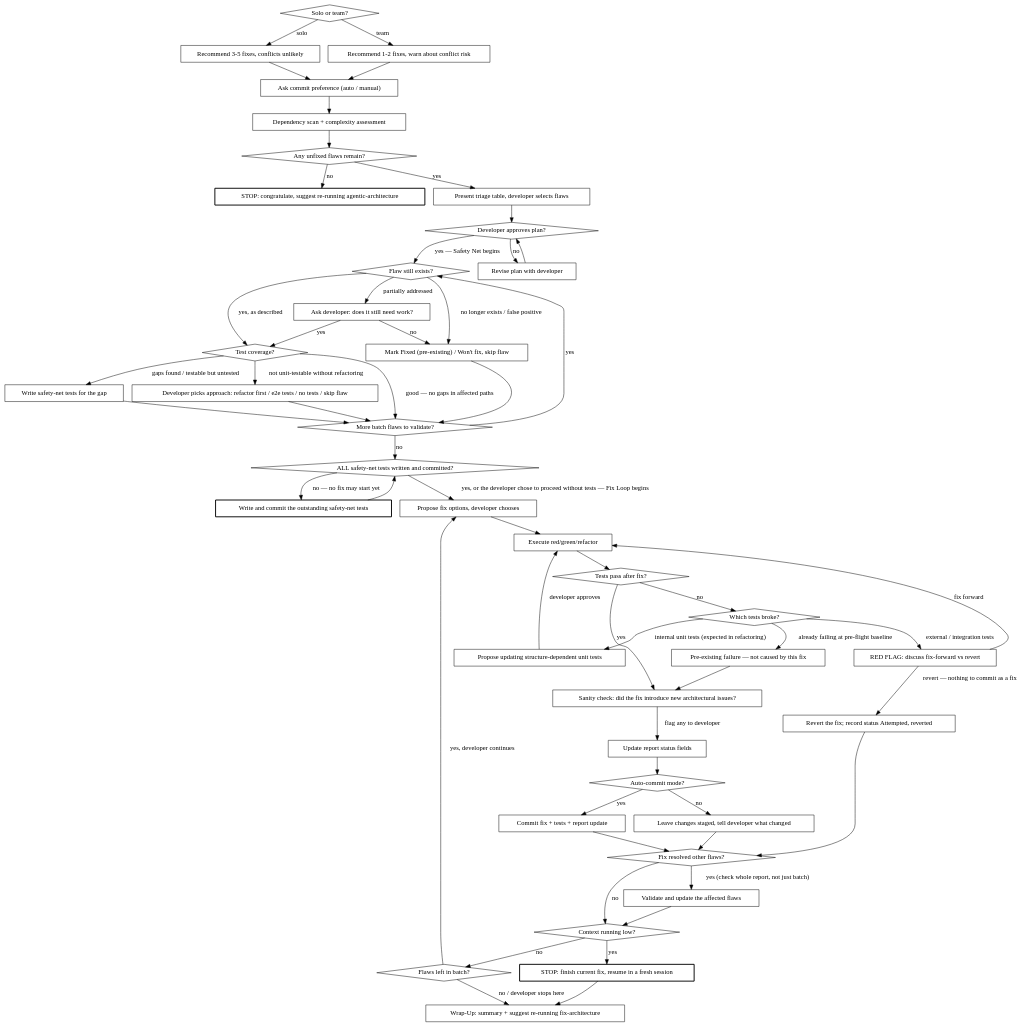
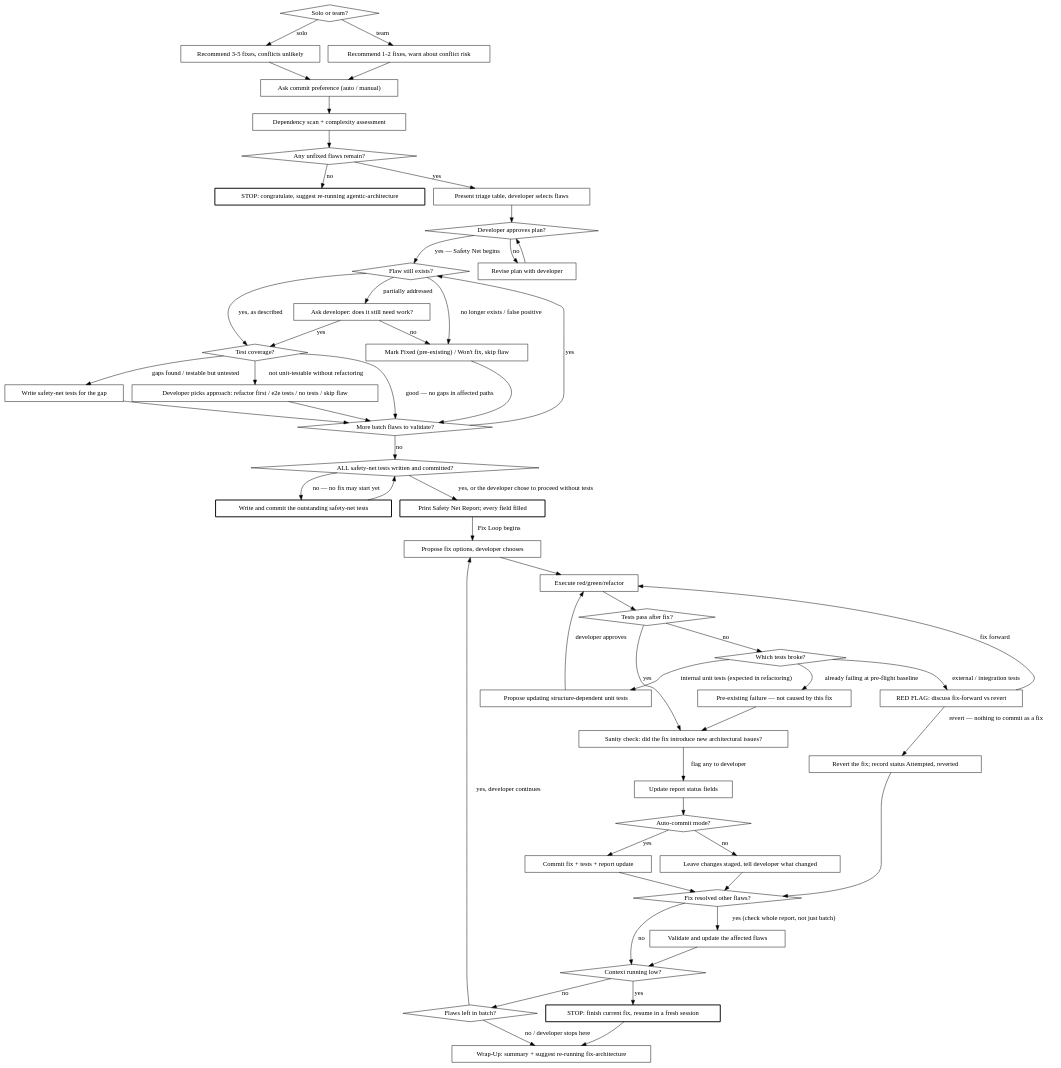
One commit to Ovid/paad changed the second of 2 diagrams in plugins/paad/skills/fix-architecture/SKILL.md. Above: the diagram before and after it, drawn with Graphviz. The commit also changed other lines of this file and 3 other files, not shown here.

```diff
--- a/plugins/paad/skills/fix-architecture/SKILL.md
+++ b/plugins/paad/skills/fix-architecture/SKILL.md
@@ -91,6 +91,7 @@
   "Write safety-net tests for the gap" [shape=box];
   "Developer picks approach: refactor first / e2e tests / no tests / skip flaw" [shape=box];
   "Write and commit the outstanding safety-net tests" [shape=box, style=bold];
+  "Print Safety Net Report; every field filled" [shape=box, style=bold];
   "Revert the fix; record status Attempted, reverted" [shape=box];
 
   "Propose fix options, developer chooses" [shape=box];
@@ -136,7 +137,8 @@
 
   "ALL safety-net tests written and committed?" -> "Write and commit the outstanding safety-net tests" [label="no — no fix may start yet"];
   "Write and commit the outstanding safety-net tests" -> "ALL safety-net tests written and committed?";
-  "ALL safety-net tests written and committed?" -> "Propose fix options, developer chooses" [label="yes, or the developer chose to proceed without tests — Fix Loop begins"];
+  "ALL safety-net tests written and committed?" -> "Print Safety Net Report; every field filled" [label="yes, or the developer chose to proceed without tests"];
+  "Print Safety Net Report; every field filled" -> "Propose fix options, developer chooses" [label="Fix Loop begins"];
 
   "Propose fix options, developer chooses" -> "Execute red/green/refactor";
   "Execute red/green/refactor" -> "Tests pass after fix?";
```
